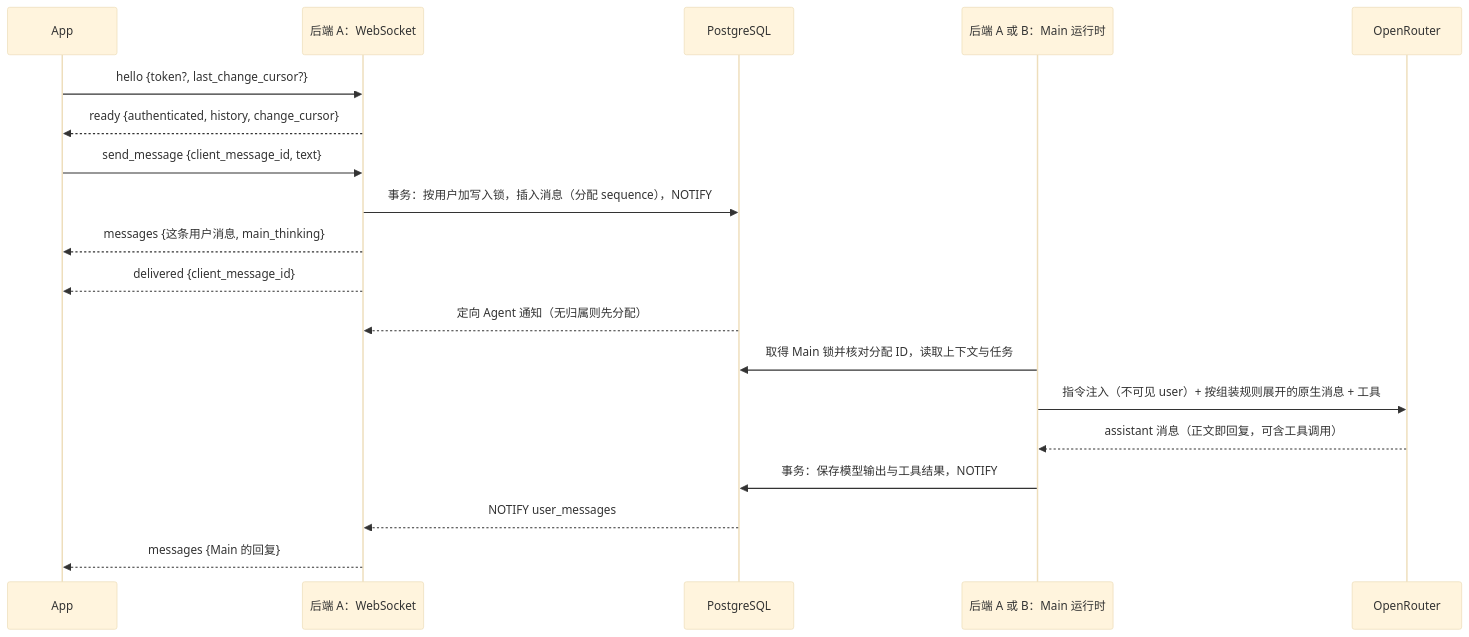
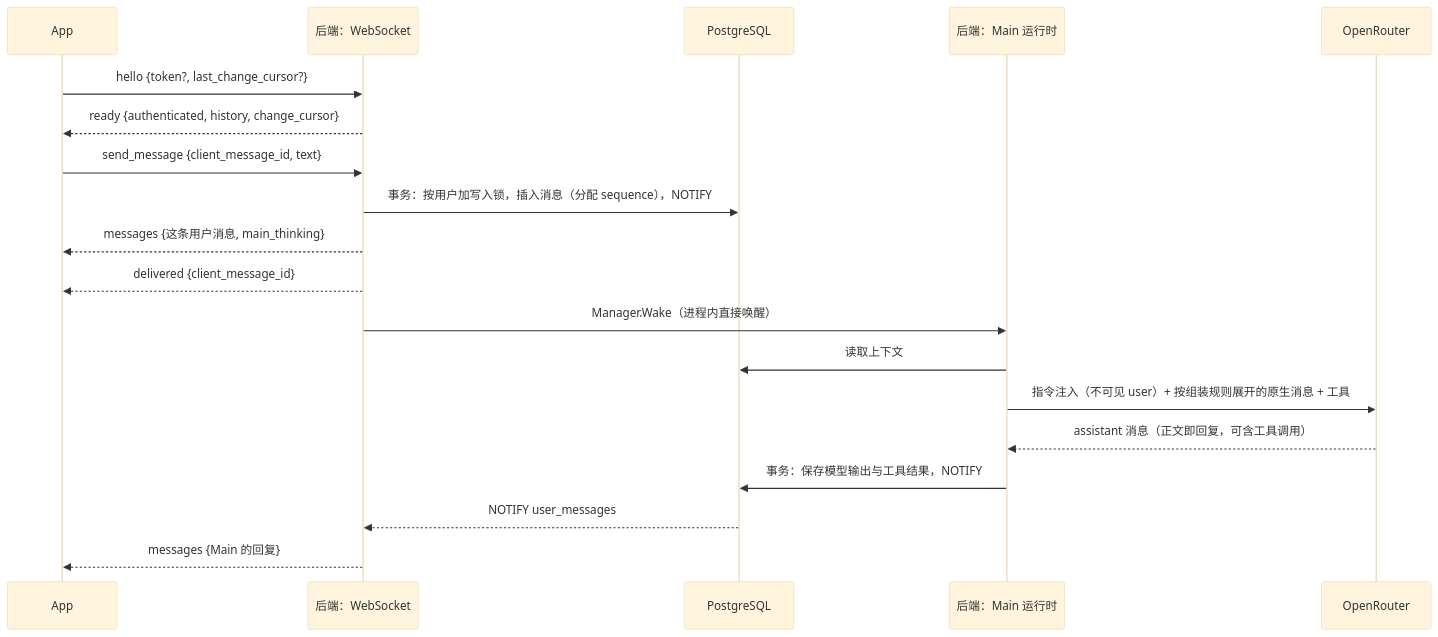
One commit to OmniNetOpensource/aether-personal changed the diagram in docs/wiki/04-messaging.md. Above: the diagram before and after it, drawn with Mermaid (base theme). The commit also changed other lines of this file and 10 other files, not shown here.

````diff
--- a/docs/wiki/04-messaging.md
+++ b/docs/wiki/04-messaging.md
@@ -33,22 +32,22 @@
 ```mermaid
 sequenceDiagram
     participant App
-    participant WS as 后端 A：WebSocket
+    participant WS as 后端：WebSocket
     participant DB as PostgreSQL
-    participant Runner as 后端 A 或 B：Main 运行时
+    participant Runner as 后端：Main 运行时
     participant Model as OpenRouter
 
     App->>WS: hello {token?, last_change_cursor?}
     WS-->>App: ready {authenticated, history, change_cursor}
     App->>WS: send_message {client_message_id, text}
     WS->>DB: 事务：按用户加写入锁，插入消息（分配 sequence），NOTIFY
     WS-->>App: messages {这条用户消息, main_thinking}
     WS-->>App: delivered {client_message_id}
-    DB-->>WS: 定向 Agent 通知（无归属则先分配）
-    Runner->>DB: 取得 Main 锁并核对分配 ID，读取上下文与任务
+    WS->>Runner: Manager.Wake（进程内直接唤醒）
+    Runner->>DB: 读取上下文
     Runner->>Model: 指令注入（不可见 user）+ 按组装规则展开的原生消息 + 工具
     Model-->>Runner: assistant 消息（正文即回复，可含工具调用）
     Runner->>DB: 事务：保存模型输出与工具结果，NOTIFY
     DB-->>WS: NOTIFY user_messages
     WS-->>App: messages {Main 的回复}
 ```
````
